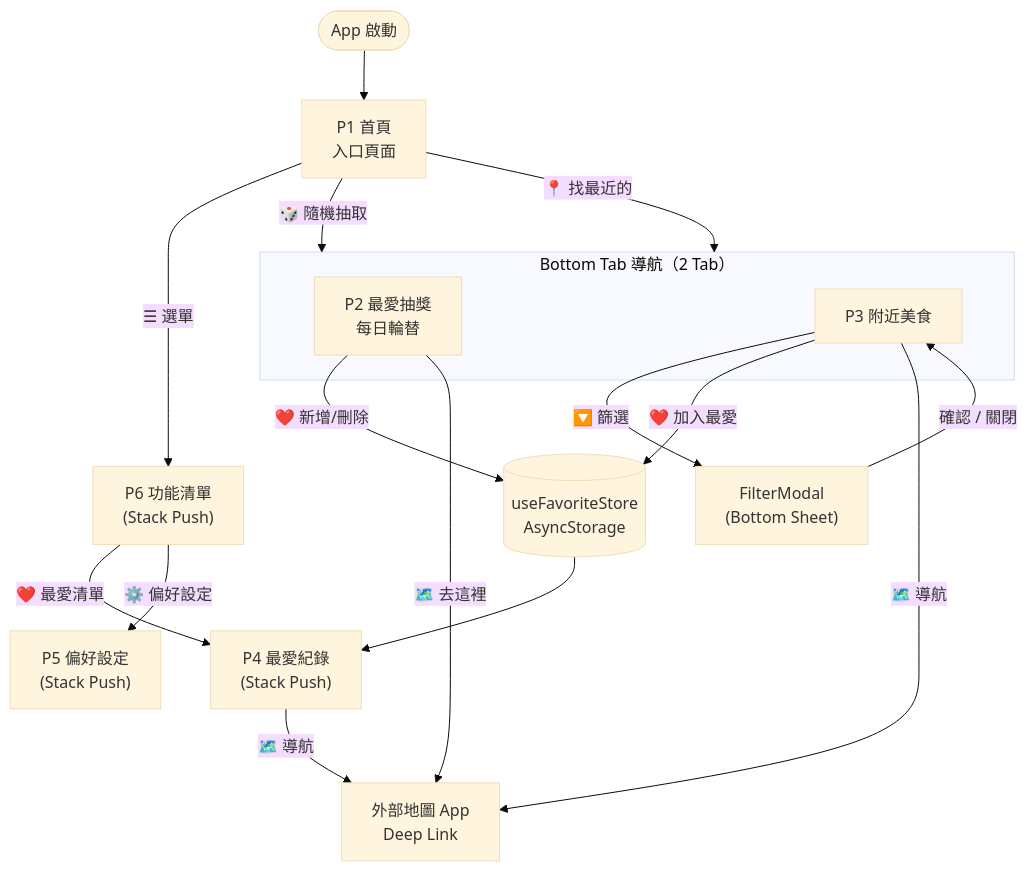
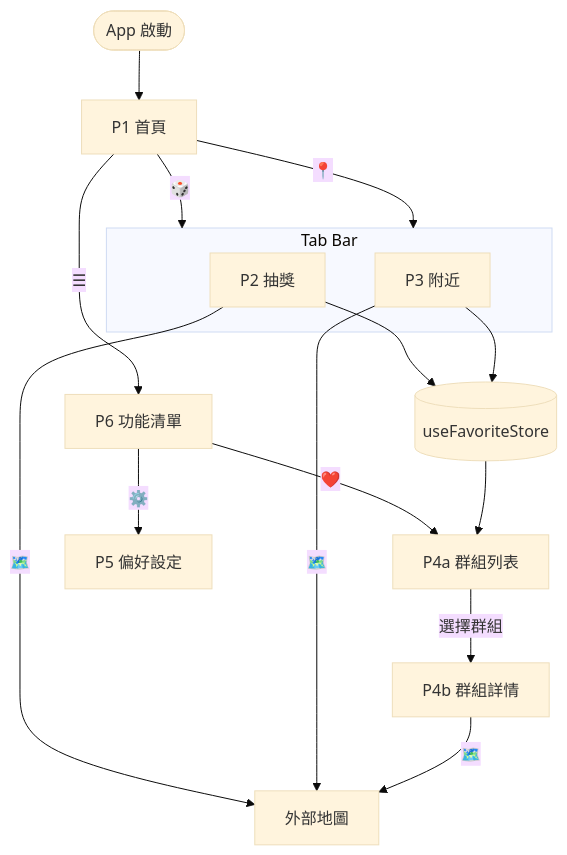
Before and after one commit to ying0215/How-to-eat: the third of 3 diagrams in PAGE_SPEC.md, drawn with Mermaid (base theme). The commit also changed other lines of this file and 35 other files, not shown here.

````diff
--- a/PAGE_SPEC.md
+++ b/PAGE_SPEC.md
@@ -267,27 +251,21 @@
 ```mermaid
 flowchart TD
     LAUNCH([App 啟動]) --> P1
 
-    P1["P1 首頁\n入口頁面"] -- "☰ 選單" --> P6["P6 功能清單\n(Stack Push)"]
-    P6 -- "❤️ 最愛清單" --> P4["P4 最愛紀錄\n(Stack Push)"]
-    P6 -- "⚙️ 偏好設定" --> P5["P5 偏好設定\n(Stack Push)"]
+    P1["P1 首頁"] -- ☰ --> P6["P6 功能清單"]
+    P6 -- ❤️ --> P4a["P4a 群組列表"]
+    P4a -- 選擇群組 --> P4b["P4b 群組詳情"]
+    P6 -- ⚙️ --> P5["P5 偏好設定"]
 
-    P1 -- "🎲 隨機抽取" --> TABS
-    P1 -- "📍 找最近的" --> TABS
+    P1 -- 🎲 --> TABS
+    P1 -- 📍 --> TABS
 
-    subgraph TABS["Bottom Tab 導航（2 Tab）"]
-        P2["P2 最愛抽獎\n每日輪替"]
-        P3["P3 附近美食"]
+    subgraph TABS["Tab Bar"]
+        P2["P2 抽獎"]
+        P3["P3 附近"]
     end
 
-    P3 -- "🔽 篩選" --> FM["FilterModal\n(Bottom Sheet)"]
-    FM -- "確認 / 關閉" --> P3
-
-    P2 -- "❤️ 新增/刪除" --> FAV_STORE[("useFavoriteStore\nAsyncStorage")]
-    P3 -- "❤️ 加入最愛" --> FAV_STORE
-    FAV_STORE --> P4
-
-    P2 -- "🗺️ 去這裡" --> MAP["外部地圖 App\nDeep Link"]
-    P3 -- "🗺️ 導航" --> MAP
-    P4 -- "🗺️ 導航" --> MAP
+    P2 & P3 & P4b -- 🗺️ --> MAP["外部地圖"]
+    P2 & P3 --> FAV[(useFavoriteStore)]
+    FAV --> P4a
 ```
````
